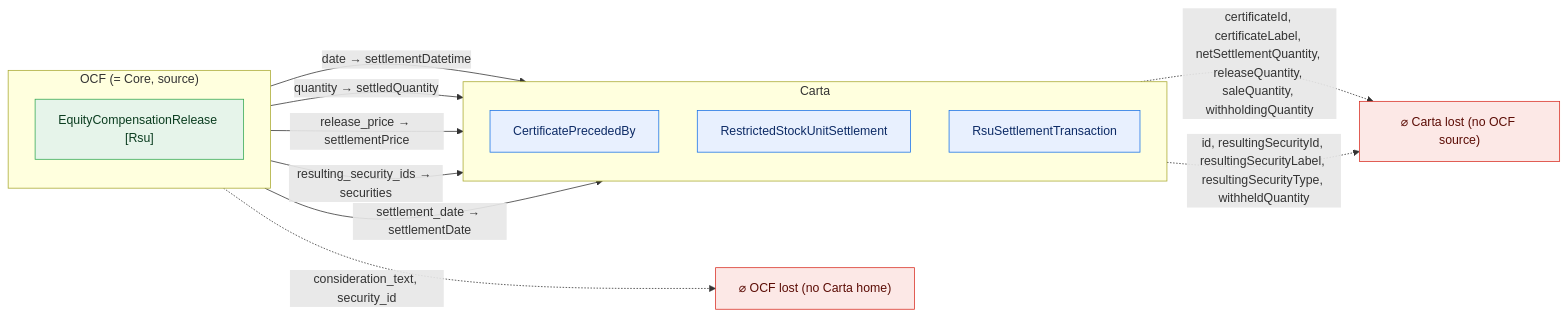
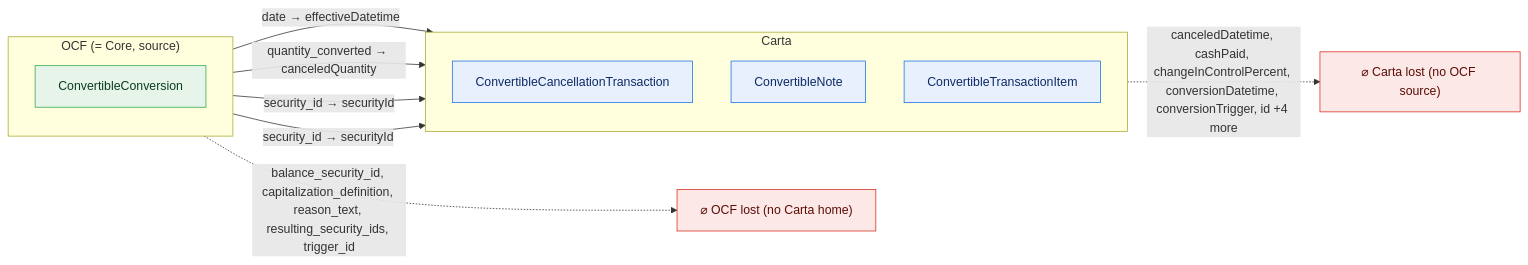
Diagram 17 of 47 in docs/core-bidirectional-flow.md (Open-Cap-Table-Coalition/OCF-Composed-Schemas), drawn with Mermaid before and after one commit. The commit also changed other lines of this file and 24 other files, not shown here.

````diff
--- a/docs/core-bidirectional-flow.md
+++ b/docs/core-bidirectional-flow.md
@@ -549,27 +684,25 @@
 ```mermaid
 flowchart LR
   classDef adm fill:#e6f4ea,stroke:#34a853,color:#0b3d20;
   classDef notadm fill:#f1f3f4,stroke:#9aa0a6,color:#5f6368,stroke-dasharray:4 3;
   classDef carta fill:#e8f0fe,stroke:#1a73e8,color:#0d2b66;
   classDef lost fill:#fce8e6,stroke:#d93025,color:#5c0d06;
   subgraph SRC["OCF (= Core, source)"]
     direction TB
-    o0["EquityCompensationRelease [Rsu]"]:::adm
+    o0["ConvertibleConversion"]:::adm
   end
   subgraph TGT["Carta"]
     direction TB
-    t0["CertificatePrecededBy"]:::carta
-    t1["RestrictedStockUnitSettlement"]:::carta
-    t2["RsuSettlementTransaction"]:::carta
+    t0["ConvertibleCancellationTransaction"]:::carta
+    t1["ConvertibleNote"]:::carta
+    t2["ConvertibleTransactionItem"]:::carta
   end
   ocflost["⌀ OCF lost (no Carta home)"]:::lost
   cartalost["⌀ Carta lost (no OCF source)"]:::lost
-  o0 -->|"date → settlementDatetime"| t2
-  o0 -->|"quantity → settledQuantity"| t2
-  o0 -->|"release_price → settlementPrice"| t1
-  o0 -->|"resulting_security_ids → securities"| t0
-  o0 -->|"settlement_date → settlementDate"| t1
-  o0 -.->|"consideration_text, security_id"| ocflost
-  t1 -.->|"certificateId, certificateLabel, netSettlementQuantity, releaseQuantity, saleQuantity, withholdingQuantity"| cartalost
-  t2 -.->|"id, resultingSecurityId, resultingSecurityLabel, resultingSecurityType, withheldQuantity"| cartalost
+  o0 -->|"date → effectiveDatetime"| t0
+  o0 -->|"quantity_converted → canceledQuantity"| t1
+  o0 -->|"security_id → securityId"| t2
+  o0 -->|"security_id → securityId"| t1
+  o0 -.->|"balance_security_id, capitalization_definition, reason_text, resulting_security_ids, trigger_id"| ocflost
+  t1 -.->|"canceledDatetime, cashPaid, changeInControlPercent, conversionDatetime, conversionTrigger, id +4 more"| cartalost
 ```
````
